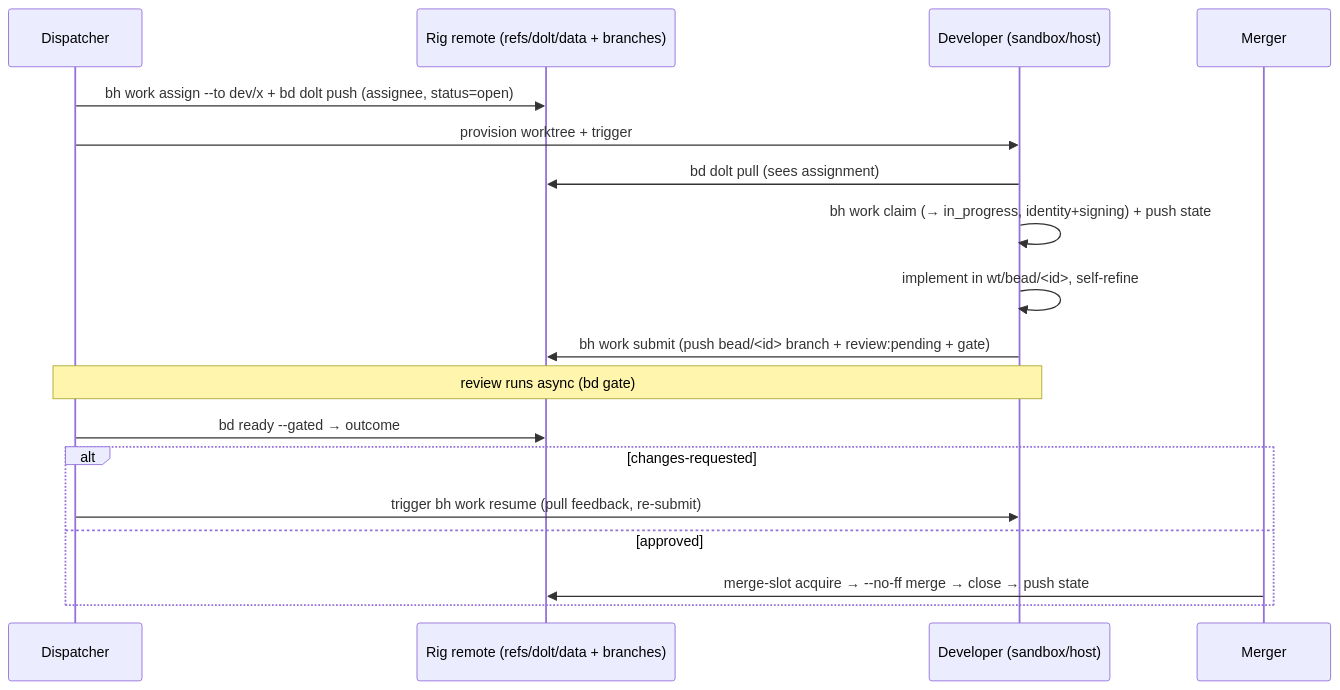
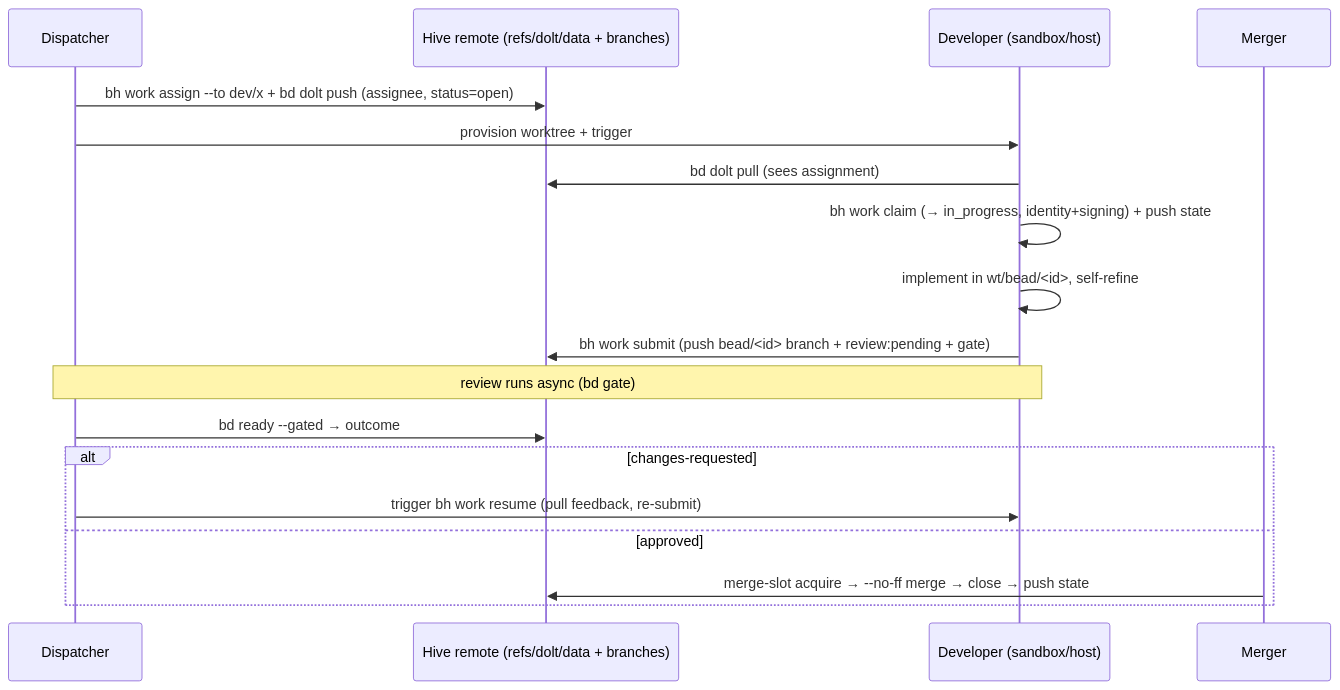
The second of 2 diagrams in docs/BEADS-SYNC.md (beadhive/beadhive), drawn with Mermaid before and after one commit. The commit also changed other lines of this file and 75 other files, not shown here.

First line of the commit message:
docs(hive): sweep rig->hive prose across docs + src comments (bh-41rh.4)

````diff
--- a/docs/BEADS-SYNC.md
+++ b/docs/BEADS-SYNC.md
@@ -76,20 +76,20 @@
 ```mermaid
 sequenceDiagram
   participant C as Dispatcher
-  participant R as Rig remote (refs/dolt/data + branches)
+  participant R as Hive remote (refs/dolt/data + branches)
   participant D as Developer (sandbox/host)
   participant M as Merger
   C->>R: bh work assign --to dev/x  +  bd dolt push (assignee, status=open)
   C->>D: provision worktree + trigger
   D->>R: bd dolt pull (sees assignment)
   D->>D: bh work claim (→ in_progress, identity+signing)  +  push state
   D->>D: implement in wt/bead/<id>, self-refine
   D->>R: bh work submit (push bead/<id> branch + review:pending + gate)
   Note over C,D: review runs async (bd gate)
   C->>R: bd ready --gated → outcome
   alt changes-requested
     C->>D: trigger bh work resume (pull feedback, re-submit)
   else approved
     M->>R: merge-slot acquire → --no-ff merge → close → push state
   end
 ```
````
